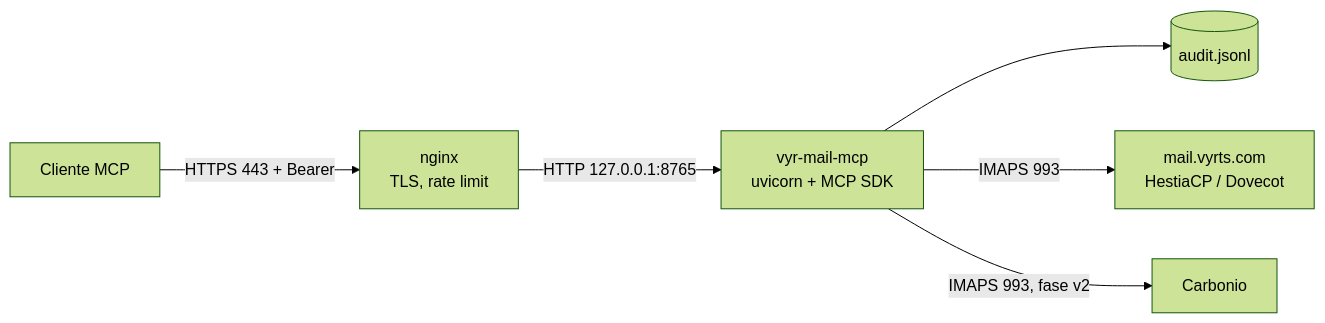
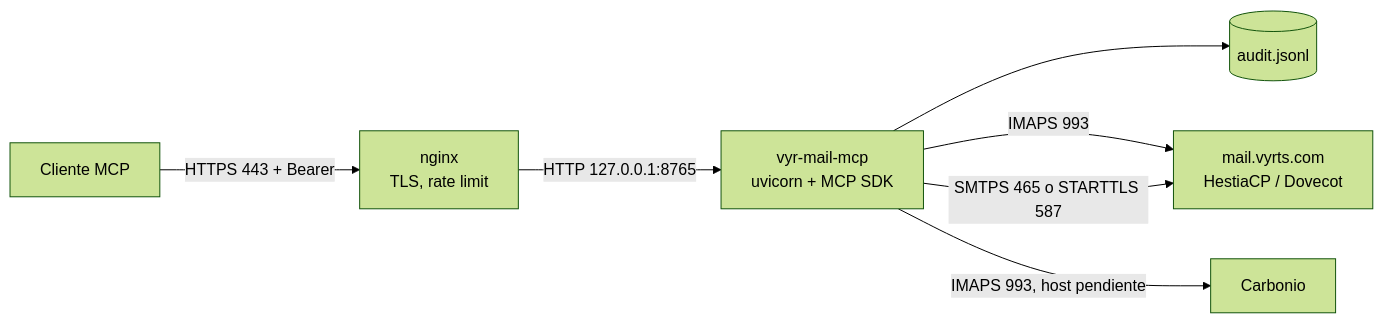
Before and after one commit to davidneyra2804/mcp-correo: the diagram in README.md, drawn with Mermaid (forest theme). The commit also changed other lines of this file and 18 other files, not shown here.

````diff
--- a/README.md
+++ b/README.md
@@ -9,8 +9,9 @@
 ```mermaid
 flowchart LR
   G[Cliente MCP] -- "HTTPS 443 + Bearer" --> N[nginx<br/>TLS, rate limit]
   N -- "HTTP 127.0.0.1:8765" --> S[vyr-mail-mcp<br/>uvicorn + MCP SDK]
   S --> L[(audit.jsonl)]
   S -- "IMAPS 993" --> H[mail.vyrts.com<br/>HestiaCP / Dovecot]
-  S -- "IMAPS 993, fase v2" --> C[Carbonio]
+  S -- "SMTPS 465 o STARTTLS 587" --> H
+  S -- "IMAPS 993, host pendiente" --> C[Carbonio]
 ```
````
